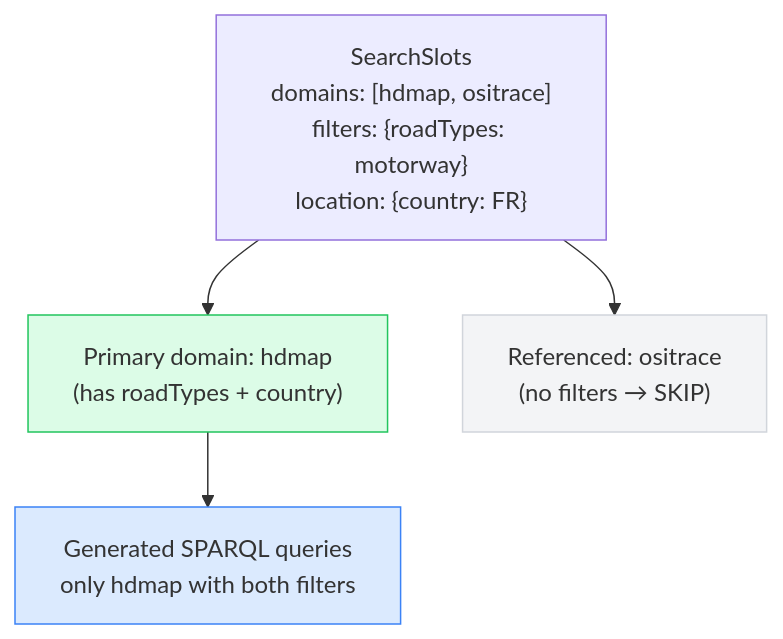
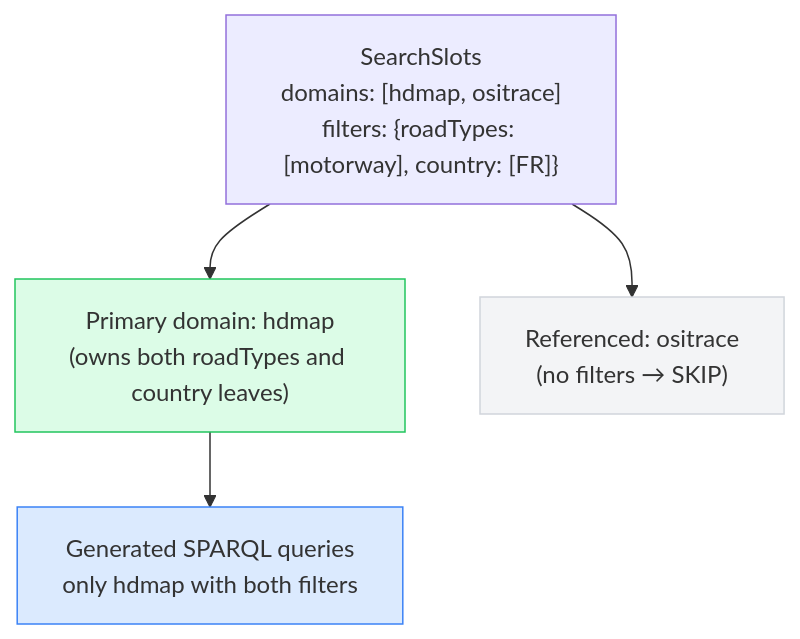
One commit to ASCS-eV/ontology-based-nl-search changed the fifth of 5 diagrams in apps/docs/generic-design.md. Above: the diagram before and after it, drawn with Mermaid. The commit also changed other lines of this file and 7 other files, not shown here.

````diff
--- a/apps/docs/generic-design.md
+++ b/apps/docs/generic-design.md
@@ -167,13 +161,13 @@
 ```mermaid
 flowchart TD
-    SLOTS["SearchSlots<br/>domains: [hdmap, ositrace]<br/>filters: {roadTypes: motorway}<br/>location: {country: FR}"]
+    SLOTS["SearchSlots<br/>domains: [hdmap, ositrace]<br/>filters: {roadTypes: [motorway], country: [FR]}"]
 
-    SLOTS --> PRIMARY["Primary domain: hdmap<br/>(has roadTypes + country)"]
+    SLOTS --> PRIMARY["Primary domain: hdmap<br/>(owns both roadTypes and country leaves)"]
     SLOTS --> REF["Referenced: ositrace<br/>(no filters → SKIP)"]
 
     PRIMARY --> QUERY["Generated SPARQL queries<br/>only hdmap with both filters"]
 
     style PRIMARY fill:#dcfce7,stroke:#22c55e
     style REF fill:#f3f4f6,stroke:#d1d5db
     style QUERY fill:#dbeafe,stroke:#3b82f6
 ```
````
